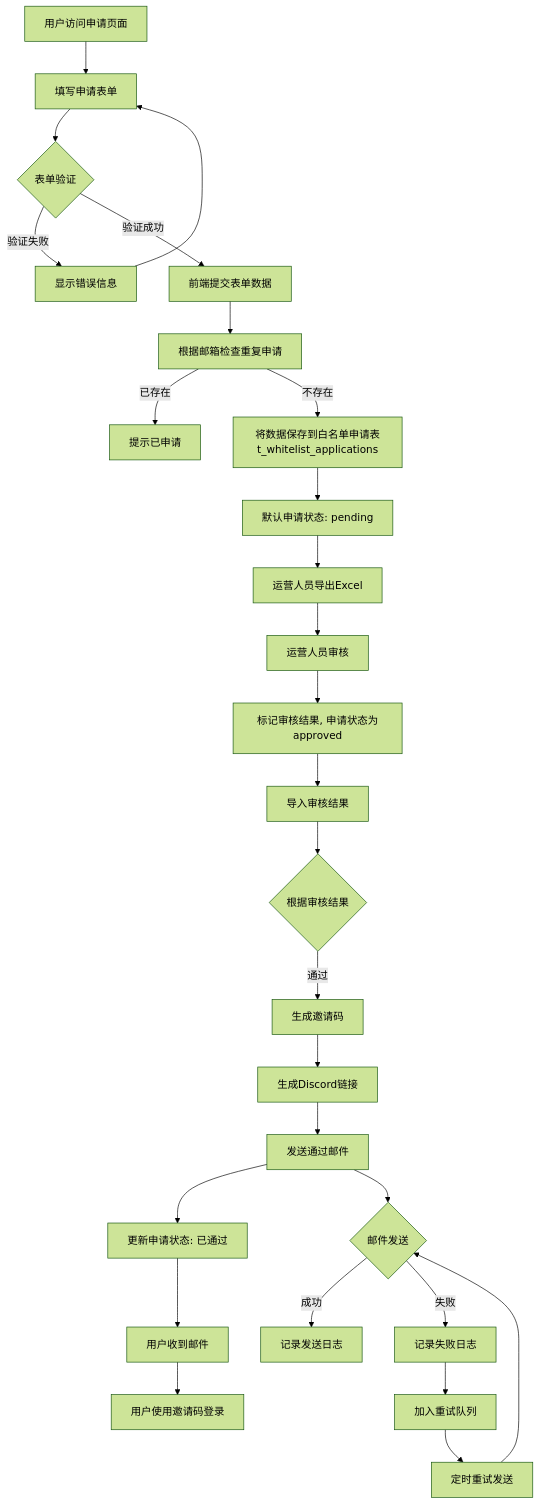
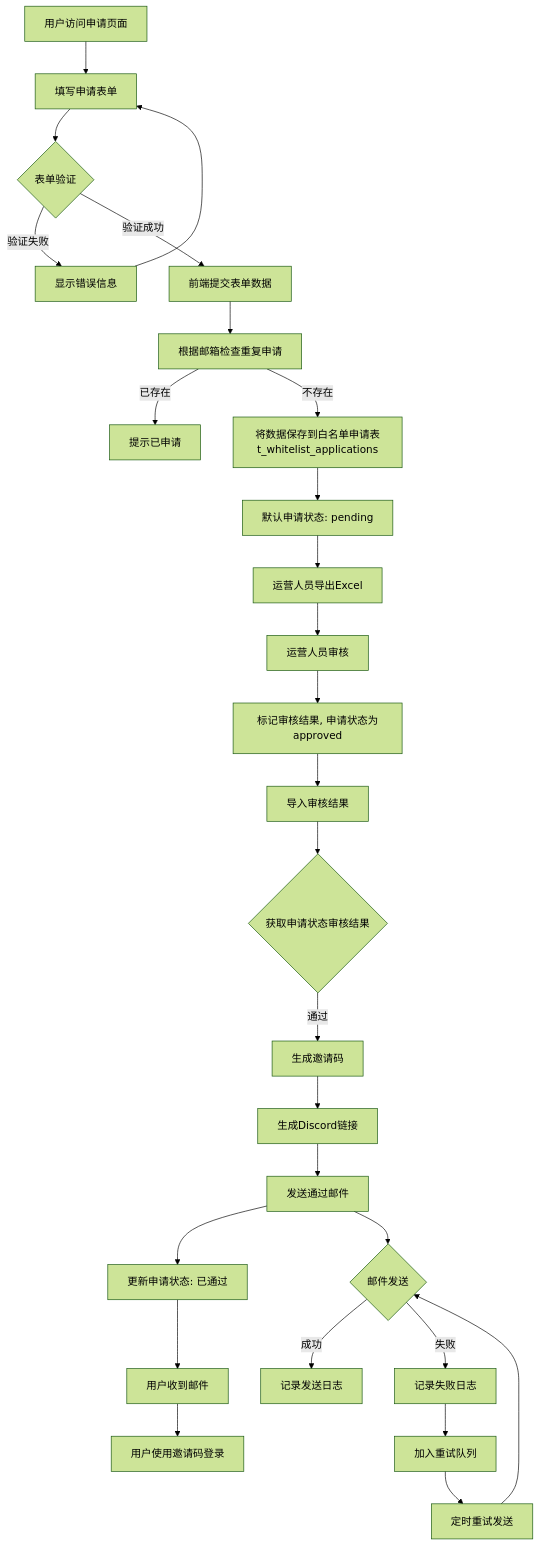
One commit to yingjianzh/iodraw-files changed the diagram in all/未命名-69.md. Above: the diagram before and after it, drawn with Mermaid (forest theme).

Commit message:
2025-07-03 10:30:23 update

````diff
--- a/all/未命名-69.md
+++ b/all/未命名-69.md
@@ -1,33 +1,33 @@
 ```mermaid
 flowchart TD
     A[用户访问申请页面] --> B[填写申请表单]
     B --> C{表单验证}
     C -->|验证失败| D[显示错误信息]
     D --> B
     C -->|验证成功| E[前端提交表单数据]
     E -->E1[根据邮箱检查重复申请]
     E1 -->|已存在| F[提示已申请]
     E1 -->|不存在| G[将数据保存到白名单申请表t_whitelist_applications]
     G --> H[默认申请状态: pending]
     
     H --> I[运营人员导出Excel]
     I --> J[运营人员审核]
     J --> K[标记审核结果, 申请状态为approved]
     K --> L[导入审核结果]
-    L --> M{根据审核结果}
+    L --> M{获取申请状态审核结果}
     
     M -->|通过| N[生成邀请码]
     N --> O[生成Discord链接]
     O --> P[发送通过邮件]
     P --> Q[更新申请状态: 已通过]
     
     P --> T{邮件发送}
     T -->|成功| U[记录发送日志]
     T -->|失败| V[记录失败日志]
     V --> W[加入重试队列]
     W --> X[定时重试发送]
     X --> T
     
     Q --> Y[用户收到邮件]
     Y --> Z[用户使用邀请码登录]
 ```
````
